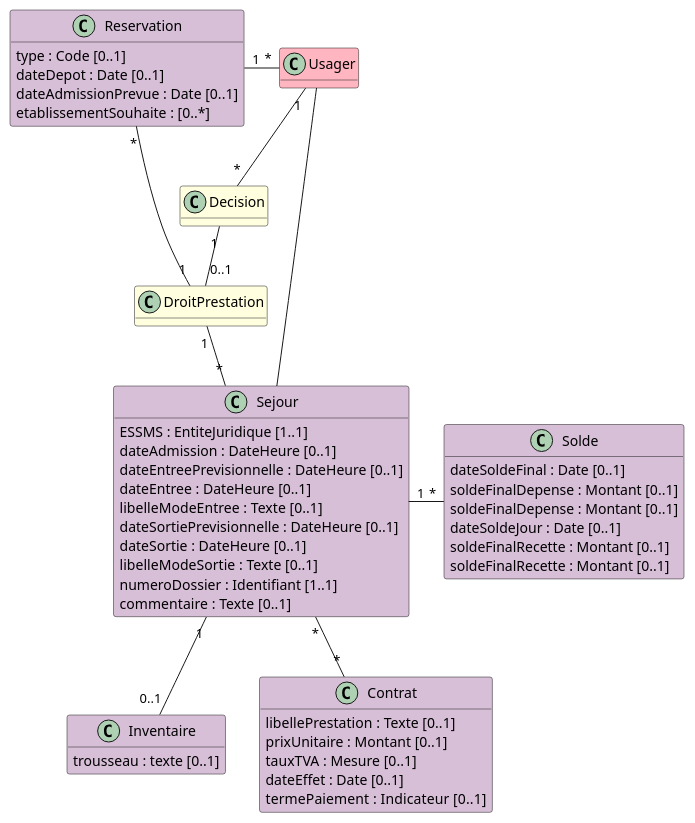
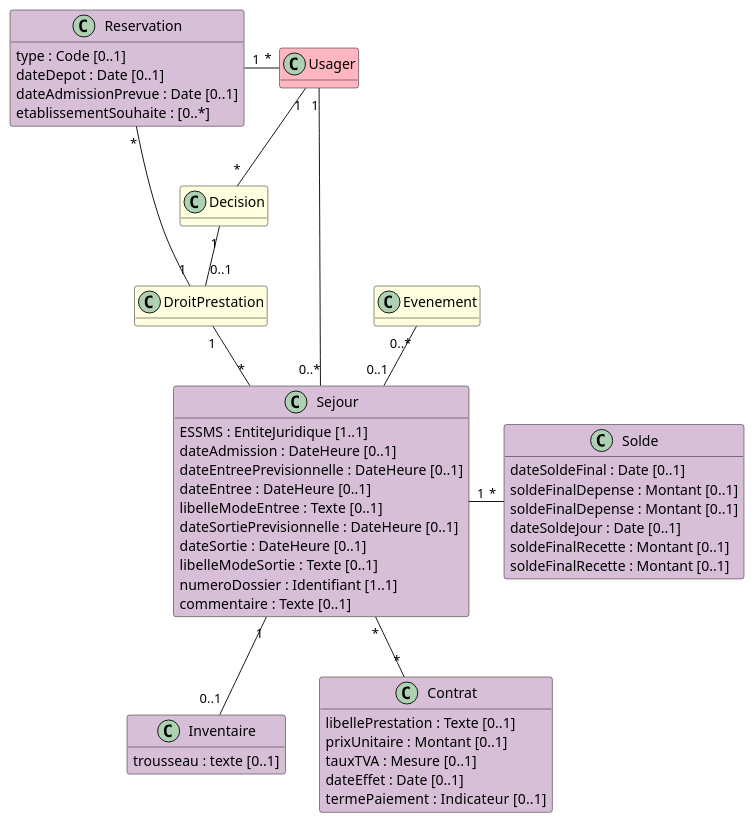
Before and after one commit to ansforge/IG-fhir-transfert-donnees-dui-esms: the diagram in input/images-source/bloc_sejours.plantuml, drawn with PlantUML. The commit also changed 4 other files, not shown here.

```diff
--- a/input/images-source/bloc_sejours.plantuml
+++ b/input/images-source/bloc_sejours.plantuml
@@ -1,62 +1,65 @@
 @startuml
 
 hide empty methods
 
 class Usager #LightPink
 
 class Decision #LightYellow
 
 class DroitPrestation #LightYellow
+
+class Evenement #LightYellow
 
 class Reservation #Thistle {
     type : Code [0..1]
     dateDepot : Date [0..1]
     dateAdmissionPrevue : Date [0..1]
     etablissementSouhaite : [0..*]
 }
 
 class Sejour #Thistle {
     ESSMS : EntiteJuridique [1..1]
     dateAdmission : DateHeure [0..1]
     dateEntreePrevisionnelle : DateHeure [0..1]
     dateEntree : DateHeure [0..1]
     libelleModeEntree : Texte [0..1]
     dateSortiePrevisionnelle : DateHeure [0..1]
     dateSortie : DateHeure [0..1]
     libelleModeSortie : Texte [0..1]
     numeroDossier : Identifiant [1..1]
     commentaire : Texte [0..1] 
 }
 
 class Inventaire #Thistle { 
     trousseau : texte [0..1]
 }
 
 class Solde #Thistle {
     dateSoldeFinal : Date [0..1]
     soldeFinalDepense : Montant [0..1]
     soldeFinalDepense : Montant [0..1]
     dateSoldeJour : Date [0..1]
     soldeFinalRecette : Montant [0..1]
     soldeFinalRecette : Montant [0..1]
 }
 
 class Contrat #Thistle {
     libellePrestation : Texte [0..1]
     prixUnitaire : Montant [0..1]
     tauxTVA : Mesure [0..1]
     dateEffet : Date [0..1]
     termePaiement : Indicateur  [0..1]
 }
 
 Usager "1" -- "*" Decision
 Decision "1" -- "0..1" DroitPrestation
 Reservation "*" - "1" DroitPrestation
 Reservation "1" - "*" Usager
 DroitPrestation "1" -- "*" Sejour
 Sejour "1" -- "0..1" Inventaire
 Sejour "1" - "*" Solde
 Sejour "*" -- "*" Contrat
-Usager - Sejour
+Usager "1" - "0..*" Sejour
+Evenement "0..*" -- "0..1" Sejour
 
 @enduml
```
